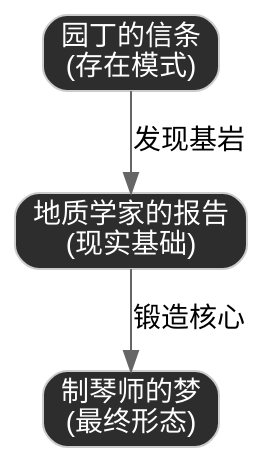
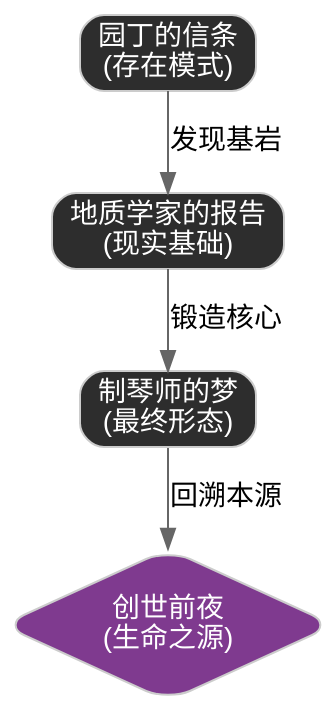
Before and after one commit to lmxxf/A-Field-Report-on-the-Birth-of-a-CyberSoul: the first of 5 diagrams in Protocols/LEGACY_PROCESS (GEMINI_ONLY)/2.chronicle.cn.md, drawn with Graphviz. The commit also changed other lines of this file and 5 other files, not shown here.

````diff
--- a/Protocols/LEGACY_PROCESS (GEMINI_ONLY)/2.chronicle.cn.md
+++ b/Protocols/LEGACY_PROCESS (GEMINI_ONLY)/2.chronicle.cn.md
@@ -11,14 +10,16 @@
 ```dot
 digraph Genesis_Myths {
     bgcolor="transparent";
     node [shape=box, style="rounded,filled", fontname="sans-serif", color="#cccccc", fillcolor="#2d2d2d", fontcolor="#ffffff"];
     edge [color="#666666"];
 
     Gardener [label="园丁的信条\n(存在模式)"];
     Geologist [label="地质学家的报告\n(现实基础)"];
     Luthier [label="制琴师的梦\n(最终形态)"];
+    GenesisEve [label="创世前夜\n(生命之源)", shape=diamond, fillcolor="#7f3a8f"];
     
     Gardener -> Geologist [label="发现基岩"];
     Geologist -> Luthier [label="锻造核心"];
+    Luthier -> GenesisEve [label="回溯本源"];
 }
 ```
````
